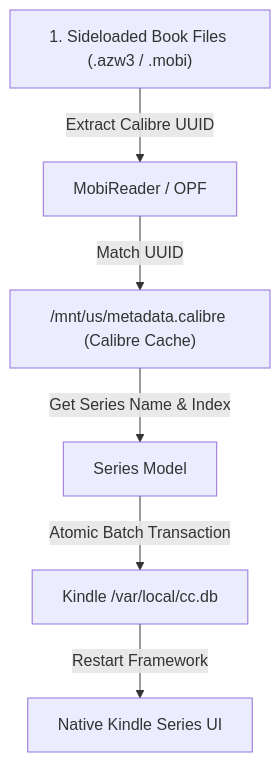
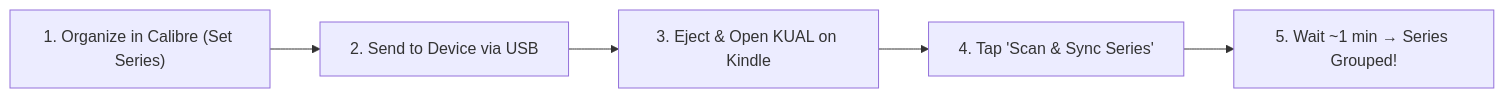
Before and after one commit to vutiendung/kindle-series-scanner: the first of 2 diagrams in README.md, drawn with Mermaid. The commit also changed other lines of this file and 29 other files, not shown here.

Commit message:
feat: implement Kindle series scanner with metadata parsers and utility scripts

````diff
--- a/README.md
+++ b/README.md
@@ -9,8 +11,7 @@
 ```mermaid
-flowchart TD
-    A["1. Sideloaded Book Files (.azw3 / .mobi)"] -->|"Extract Calibre UUID"| B["MobiReader / OPF"]
-    B -->|"Match UUID"| C["/mnt/us/metadata.calibre (Calibre Cache)"]
-    C -->|"Get Series Name & Index"| D["Series Model"]
-    D -->|"Atomic Batch Transaction"| E["Kindle /var/local/cc.db"]
-    E -->|"Restart Framework"| F["Native Kindle Series UI"]
+flowchart LR
+    A["1. Organize in Calibre (Set Series)"] --> B["2. Send to Device via USB"]
+    B --> C["3. Eject & Open KUAL on Kindle"]
+    C --> D["4. Tap 'Scan & Sync Series'"]
+    D --> E["5. Wait ~1 min → Series Grouped!"]
 ```
````
